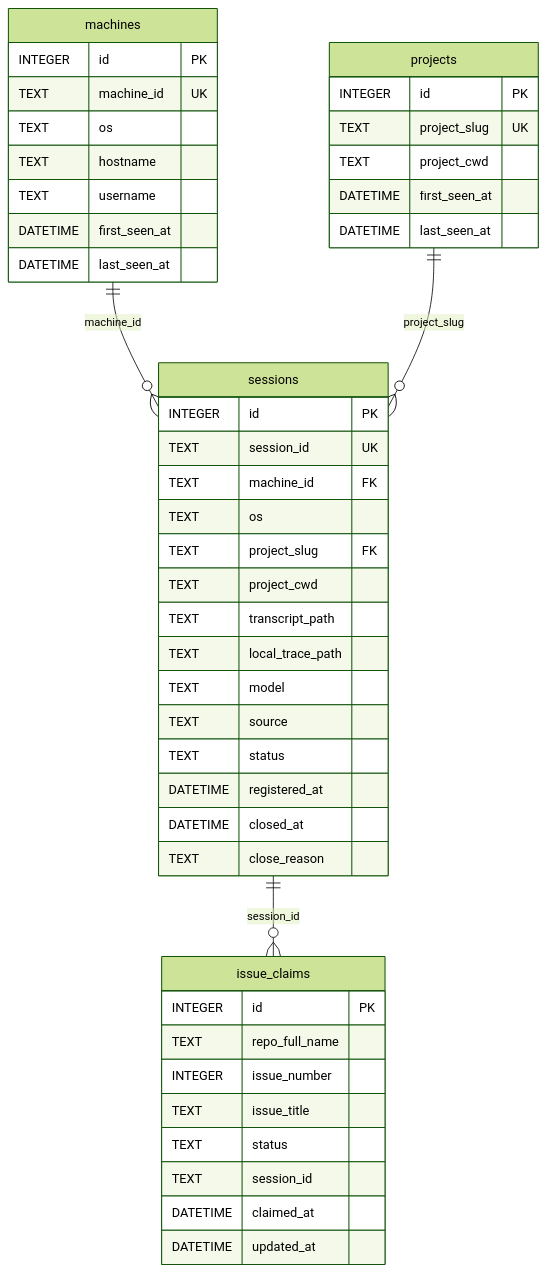
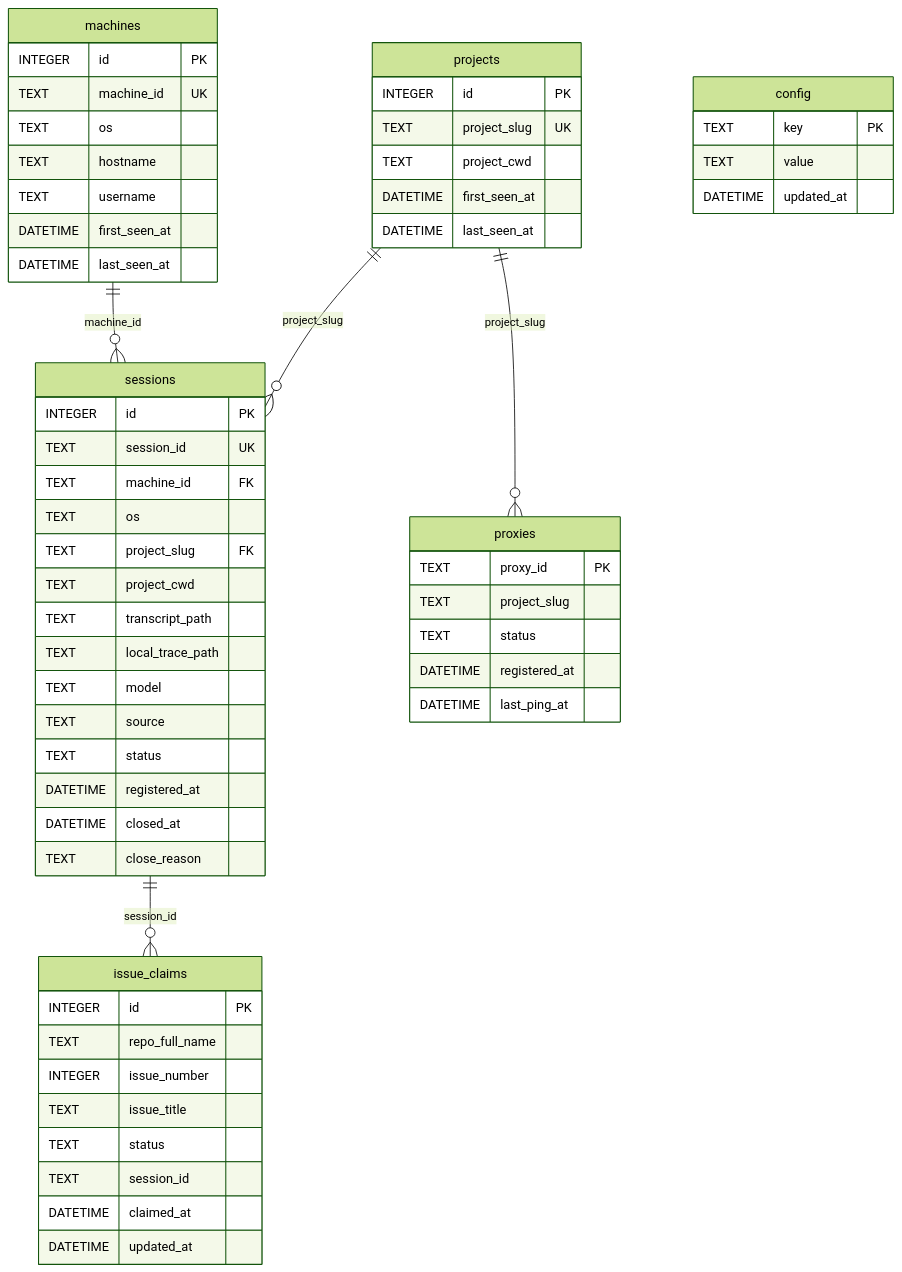
One commit to xiaoheiDTF/claude-hk changed the eighth of 11 diagrams in doc/redeme/claude-tap-plus-diagrams.md. Above: the diagram before and after it, drawn with Mermaid (forest theme). The commit also changed other lines of this file and 2 other files, not shown here.

````diff
--- a/doc/redeme/claude-tap-plus-diagrams.md
+++ b/doc/redeme/claude-tap-plus-diagrams.md
@@ -339,52 +364,67 @@
 ```mermaid
 erDiagram
     machines {
         INTEGER id PK
         TEXT machine_id UK
         TEXT os
         TEXT hostname
         TEXT username
         DATETIME first_seen_at
         DATETIME last_seen_at
     }
 
     projects {
         INTEGER id PK
         TEXT project_slug UK
         TEXT project_cwd
         DATETIME first_seen_at
         DATETIME last_seen_at
     }
 
     sessions {
         INTEGER id PK
         TEXT session_id UK
         TEXT machine_id FK
         TEXT os
         TEXT project_slug FK
         TEXT project_cwd
         TEXT transcript_path
         TEXT local_trace_path
         TEXT model
         TEXT source
         TEXT status
         DATETIME registered_at
         DATETIME closed_at
         TEXT close_reason
     }
 
     issue_claims {
         INTEGER id PK
         TEXT repo_full_name
         INTEGER issue_number
         TEXT issue_title
         TEXT status
         TEXT session_id
         DATETIME claimed_at
         DATETIME updated_at
     }
 
+    config {
+        TEXT key PK
+        TEXT value
+        DATETIME updated_at
+    }
+
+    proxies {
+        TEXT proxy_id PK
+        TEXT project_slug
+        TEXT status
+        DATETIME registered_at
+        DATETIME last_ping_at
+    }
+
     machines ||--o{ sessions : "machine_id"
     projects ||--o{ sessions : "project_slug"
+    projects ||--o{ proxies : "project_slug"
     sessions ||--o{ issue_claims : "session_id"
 ```
````
